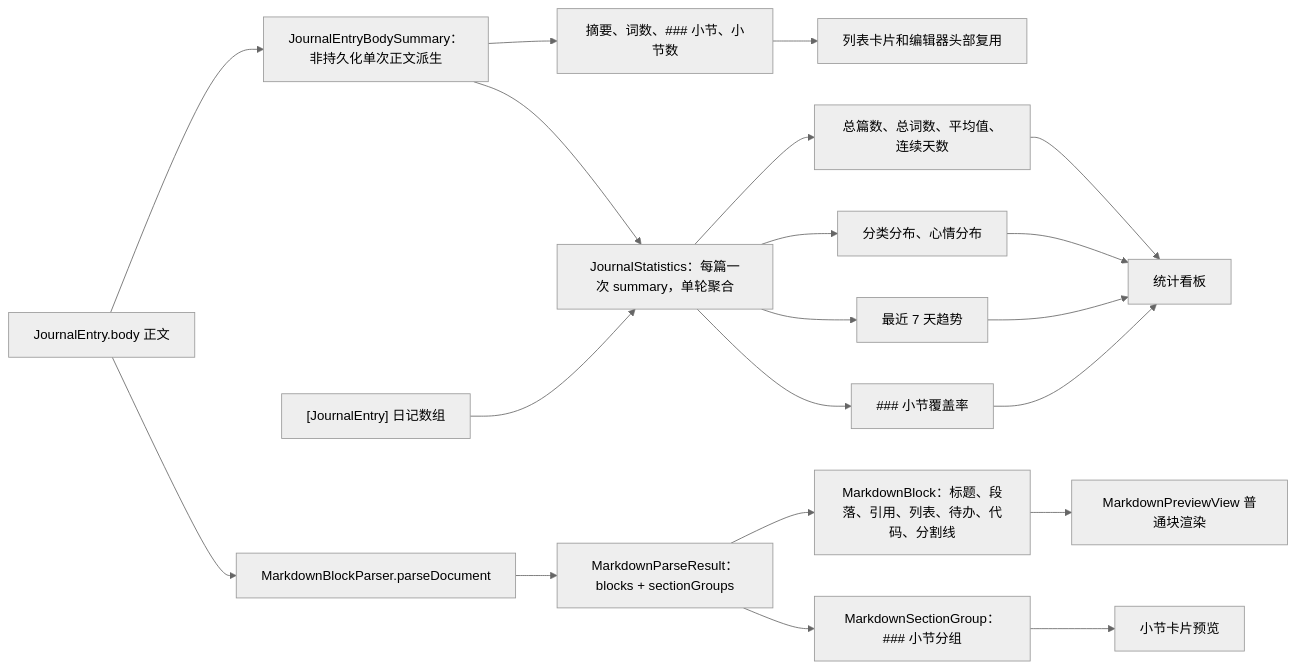
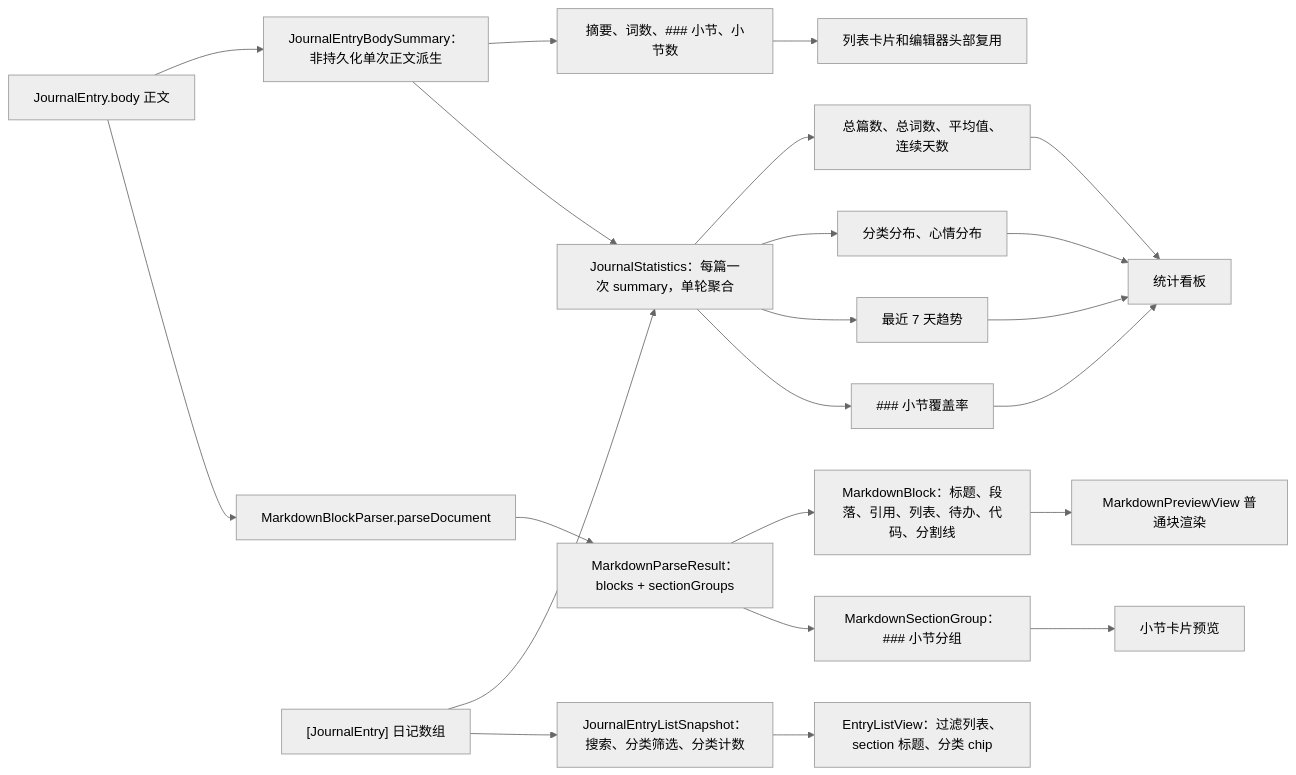
The third of 5 diagrams in md/flow/flowchart.md (Altman-sam114/117), drawn with Mermaid (neutral theme) before and after one commit. The commit also changed other lines of this file and 10 other files, not shown here.

````diff
--- a/md/flow/flowchart.md
+++ b/md/flow/flowchart.md
@@ -77,22 +79,24 @@
 ```mermaid
 flowchart LR
   Body["JournalEntry.body 正文"] --> Summary["JournalEntryBodySummary：非持久化单次正文派生"]
   Summary --> Excerpt["摘要、词数、### 小节、小节数"]
   Excerpt --> RowEditor["列表卡片和编辑器头部复用"]
   Summary --> Statistics["JournalStatistics：每篇一次 summary，单轮聚合"]
   Body --> Parse["MarkdownBlockParser.parseDocument"]
   Parse --> Result["MarkdownParseResult：blocks + sectionGroups"]
   Result --> Blocks["MarkdownBlock：标题、段落、引用、列表、待办、代码、分割线"]
   Blocks --> Preview["MarkdownPreviewView 普通块渲染"]
   Result --> Sections["MarkdownSectionGroup：### 小节分组"]
   Sections --> SectionPreview["小节卡片预览"]
   Entries["[JournalEntry] 日记数组"] --> Statistics
+  Entries --> ListSnapshot2["JournalEntryListSnapshot：搜索、分类筛选、分类计数"]
+  ListSnapshot2 --> ListView["EntryListView：过滤列表、section 标题、分类 chip"]
   Statistics --> Metrics["总篇数、总词数、平均值、连续天数"]
   Statistics --> Distributions["分类分布、心情分布"]
   Statistics --> Trend["最近 7 天趋势"]
   Statistics --> Coverage["### 小节覆盖率"]
   Metrics --> Dashboard["统计看板"]
   Distributions --> Dashboard
   Trend --> Dashboard
   Coverage --> Dashboard
 ```
````
